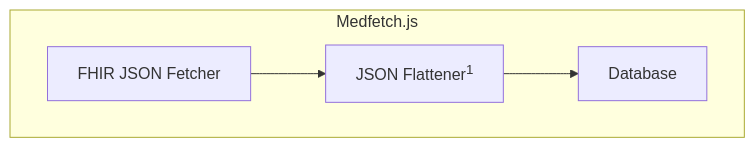
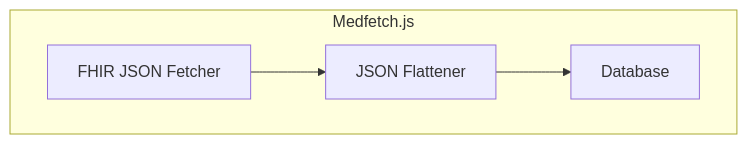
Before and after one commit to nestorhealth/medfetch.js: the first of 3 diagrams in medfetch/docs/app/page.mdx, drawn with Mermaid. The commit also changed other lines of this file and 7 other files, not shown here.

````diff
--- a/medfetch/docs/app/page.mdx
+++ b/medfetch/docs/app/page.mdx
@@ -12,7 +12,7 @@
 ```mermaid
 flowchart LR
     subgraph MEDFETCH [Medfetch.js]
         direction LR
-        A[FHIR JSON Fetcher] --> B[JSON Flattener<sup>1</sup>] --> C[Database]
+        A[FHIR JSON Fetcher] --> B[JSON Flattener] --> C[Database]
     end
 ```
````
